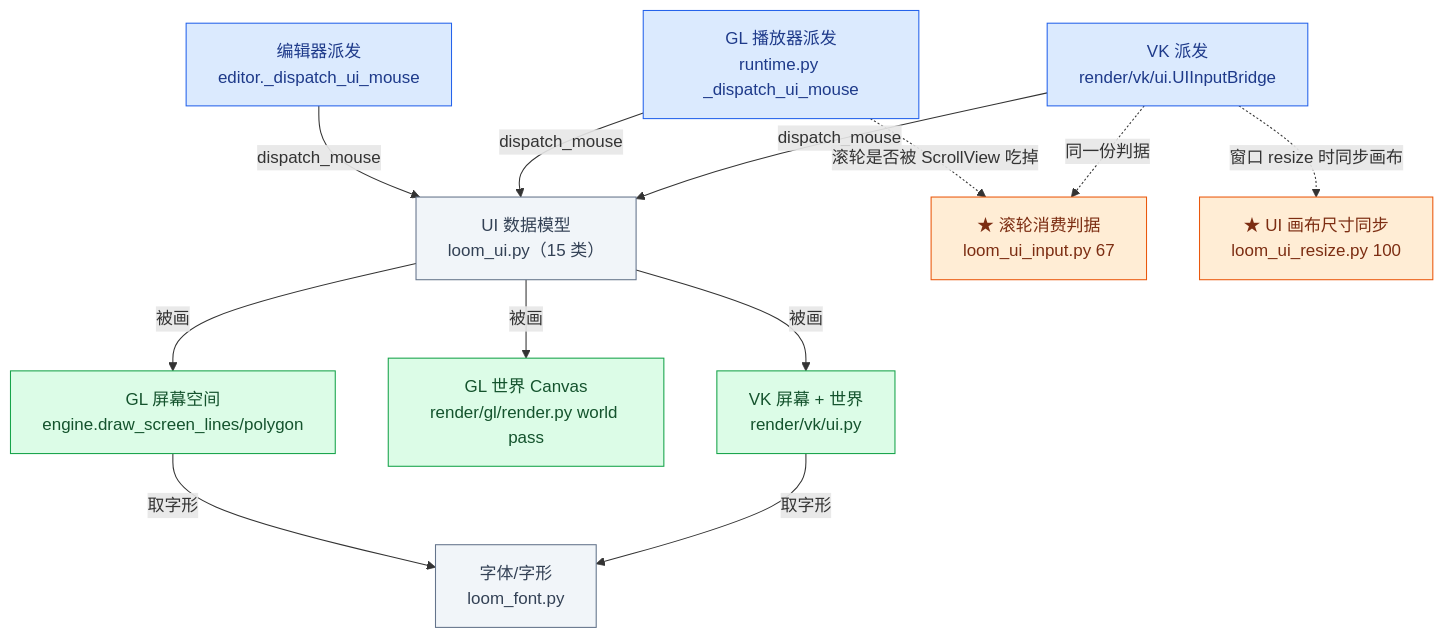
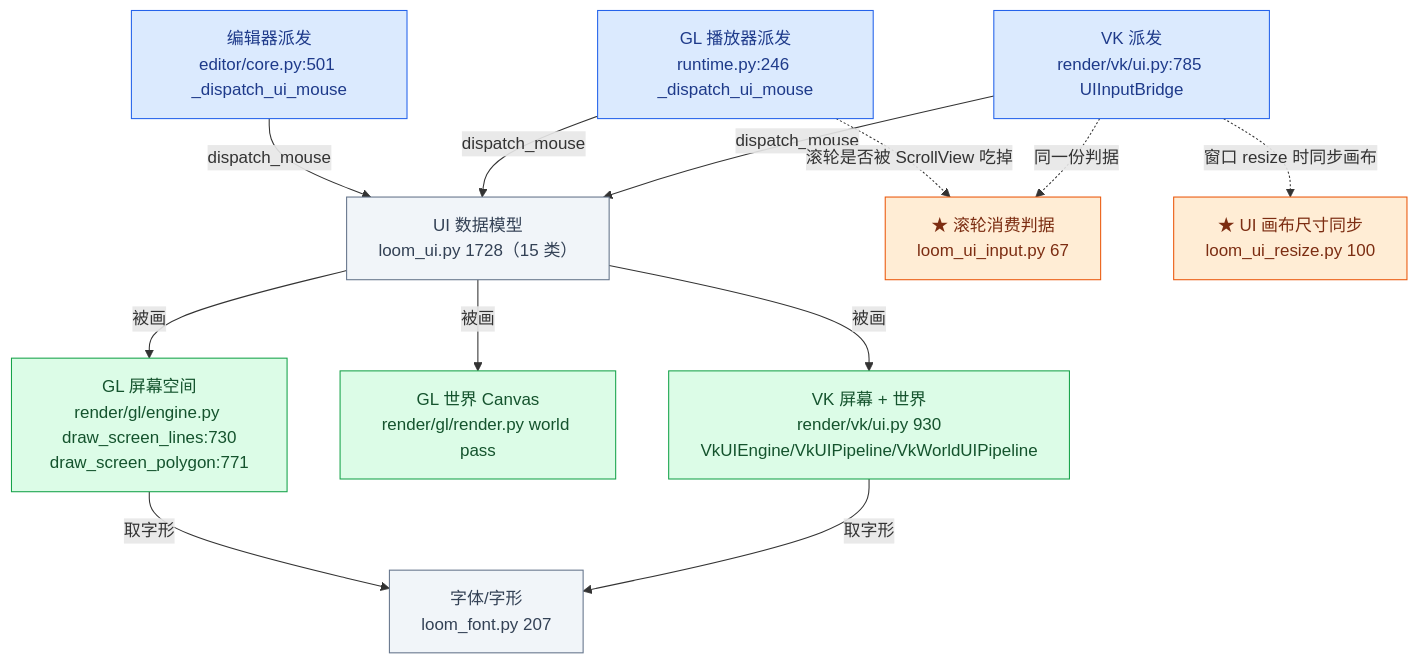
One commit to lhy302/WeaveEngine changed the ninth of 23 diagrams in ARCHITECTURE.md. Above: the diagram before and after it, drawn with Mermaid. The commit also changed other lines of this file, not shown here.

First line of the commit message:
docs: 架构图 v4 —— 按 HEAD d156cee 真实状态统一重画 23 张 Mermaid 图

````diff
--- a/ARCHITECTURE.md
+++ b/ARCHITECTURE.md
@@ -367,28 +408,28 @@
 ```mermaid
 flowchart TB
-  D["UI 数据模型<br/>loom_ui.py（15 类）"]:::file
+  D["UI 数据模型<br/>loom_ui.py 1728（15 类）"]:::file
   S1["★ 滚轮消费判据<br/>loom_ui_input.py 67"]:::contract
   S2["★ UI 画布尺寸同步<br/>loom_ui_resize.py 100"]:::contract
-  P1["GL 屏幕空间<br/>engine.draw_screen_lines/polygon"]:::impl
+  P1["GL 屏幕空间<br/>render/gl/engine.py draw_screen_lines:730<br/>draw_screen_polygon:771"]:::impl
   P2["GL 世界 Canvas<br/>render/gl/render.py world pass"]:::impl
-  P3["VK 屏幕 + 世界<br/>render/vk/ui.py"]:::impl
-  E1["编辑器派发<br/>editor._dispatch_ui_mouse"]:::entry
-  E2["GL 播放器派发<br/>runtime.py _dispatch_ui_mouse"]:::entry
-  E3["VK 派发<br/>render/vk/ui.UIInputBridge"]:::entry
-  F["字体/字形<br/>loom_font.py"]:::file
+  P3["VK 屏幕 + 世界<br/>render/vk/ui.py 930<br/>VkUIEngine/VkUIPipeline/VkWorldUIPipeline"]:::impl
+  E1["编辑器派发<br/>editor/core.py:501 _dispatch_ui_mouse"]:::entry
+  E2["GL 播放器派发<br/>runtime.py:246 _dispatch_ui_mouse"]:::entry
+  E3["VK 派发<br/>render/vk/ui.py:785 UIInputBridge"]:::entry
+  F["字体/字形<br/>loom_font.py 207"]:::file
   D -->|被画| P1
   D -->|被画| P2
   D -->|被画| P3
   P1 -->|取字形| F
   P3 -->|取字形| F
   E1 -->|dispatch_mouse| D
   E2 -->|dispatch_mouse| D
   E3 -->|dispatch_mouse| D
   E2 -.->|滚轮是否被 ScrollView 吃掉| S1
   E3 -.->|同一份判据| S1
   E3 -.->|窗口 resize 时同步画布| S2
   classDef entry fill:#dbeafe,stroke:#2563eb,color:#1e3a8a
   classDef impl fill:#dcfce7,stroke:#16a34a,color:#14532d
   classDef contract fill:#ffedd5,stroke:#ea580c,color:#7c2d12
   classDef file fill:#f1f5f9,stroke:#64748b,color:#334155
 ```
````
